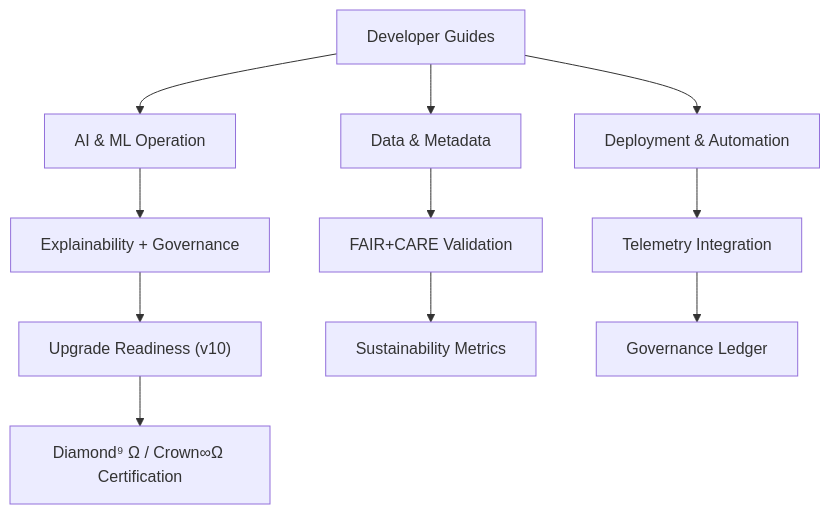
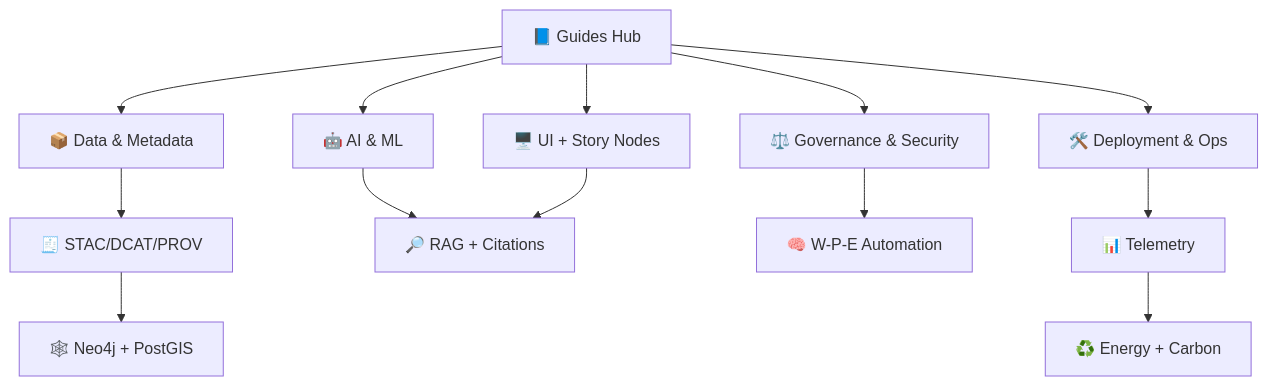
One commit to bartytime4life/Kansas-Frontier-Matrix changed the second of 2 diagrams in docs/guides/README.md. Above: the diagram before and after it, drawn with Mermaid. The commit also changed other lines of this file, not shown here.

````diff
--- a/docs/guides/README.md
+++ b/docs/guides/README.md
@@ -112,13 +288,15 @@
 ```mermaid
 flowchart TD
-A["Developer Guides"] --> B["AI & ML Operation"]
-A --> C["Data & Metadata"]
-A --> D["Deployment & Automation"]
-B --> E["Explainability + Governance"]
-C --> F["FAIR+CARE Validation"]
-D --> G["Telemetry Integration"]
-E --> H["Upgrade Readiness (v10)"]
-F --> I["Sustainability Metrics"]
-G --> J["Governance Ledger"]
-H --> K["Diamond⁹ Ω / Crown∞Ω Certification"]
+  A["📘 Guides Hub"] --> B["🤖 AI & ML"]
+  A --> C["📦 Data & Metadata"]
+  A --> D["🛠️ Deployment & Ops"]
+  A --> E["⚖️ Governance & Security"]
+  C --> F["🧾 STAC/DCAT/PROV"]
+  F --> G["🕸️ Neo4j + PostGIS"]
+  B --> H["🔎 RAG + Citations"]
+  E --> I["🧠 W-P-E Automation"]
+  D --> J["📊 Telemetry"]
+  J --> K["♻️ Energy + Carbon"]
+  A --> L["🖥️ UI + Story Nodes"]
+  L --> H
 ```
````
